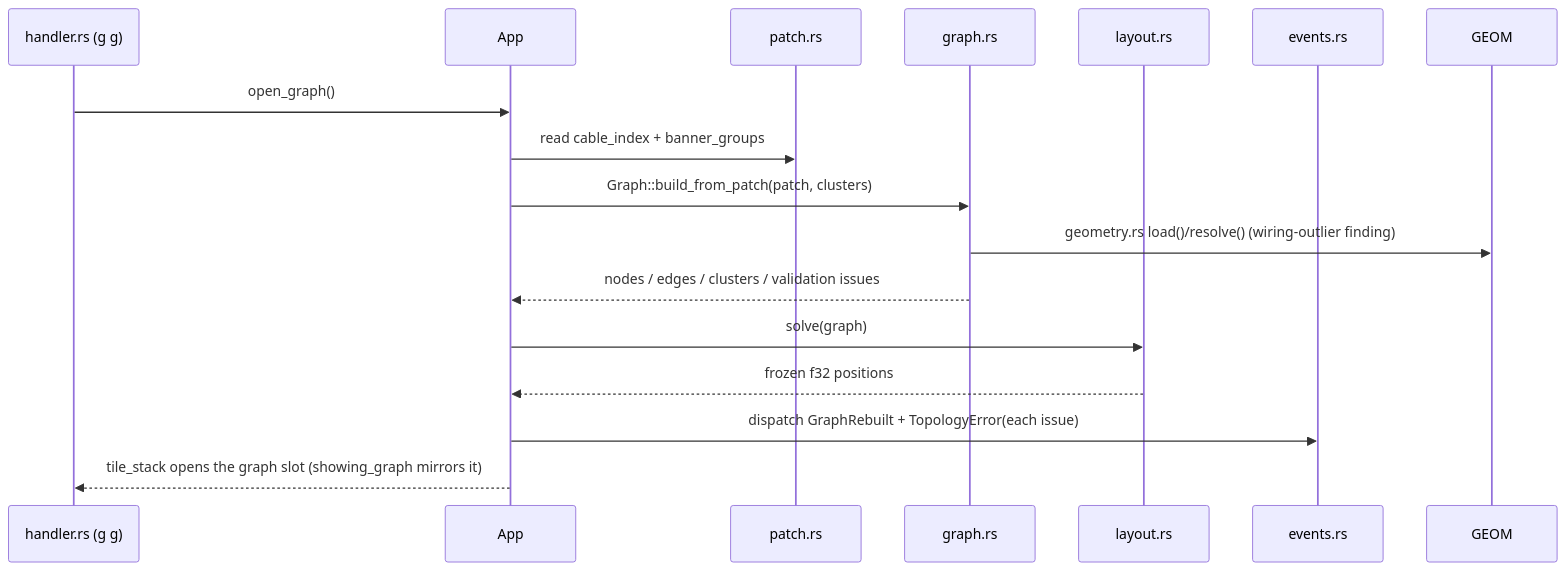
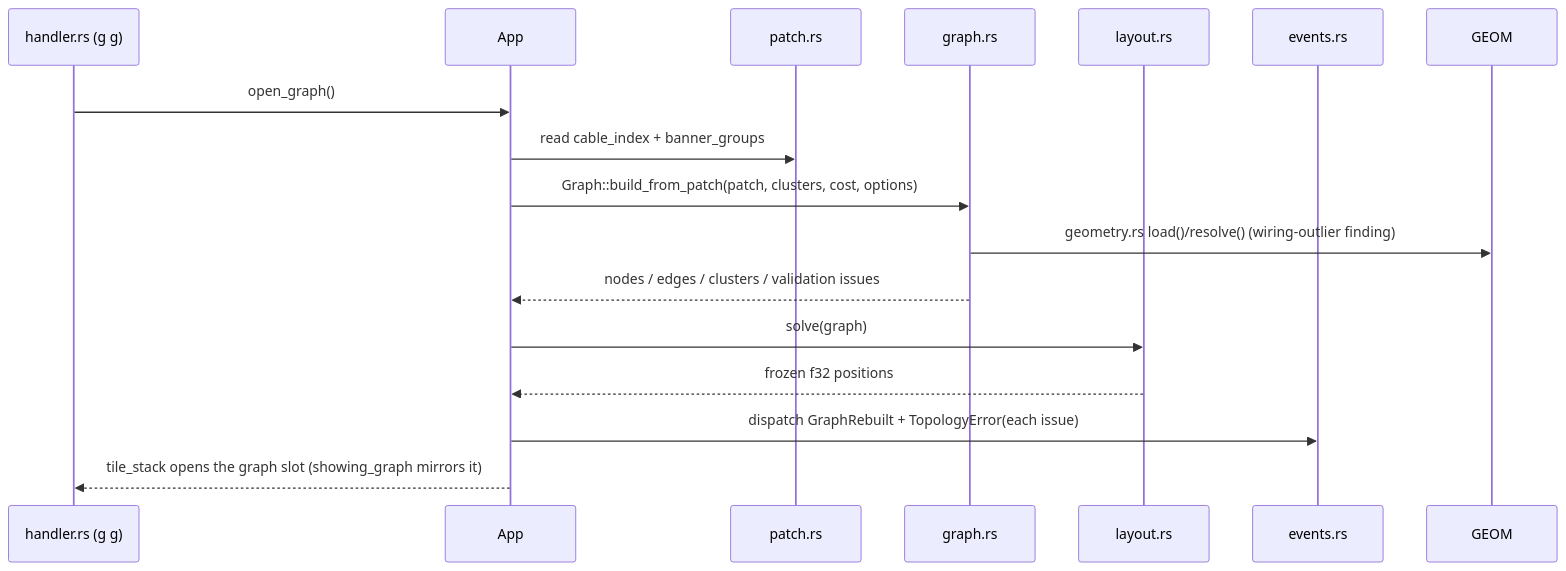
The third of 5 diagrams in ARCHITECTURE.md (moonstruxx/droid-buddy), drawn with Mermaid before and after one commit. The commit also changed other lines of this file, not shown here.

Commit message:
docs: ARCHITECTURE.md — select-state filtering + dependency-walker subgraph

````diff
--- a/ARCHITECTURE.md
+++ b/ARCHITECTURE.md
@@ -257,18 +273,18 @@
 ```mermaid
 sequenceDiagram
     participant H as handler.rs (g g)
     participant A as App
     participant P as patch.rs
     participant G as graph.rs
     participant L as layout.rs
     participant E as events.rs
     H->>A: open_graph()
     A->>P: read cable_index + banner_groups
-    A->>G: Graph::build_from_patch(patch, clusters)
+    A->>G: Graph::build_from_patch(patch, clusters, cost, options)
     G->>GEOM: geometry.rs load()/resolve() (wiring-outlier finding)
     G-->>A: nodes / edges / clusters / validation issues
     A->>L: solve(graph)
     L-->>A: frozen f32 positions
     A->>E: dispatch GraphRebuilt + TopologyError(each issue)
     A-->>H: tile_stack opens the graph slot (showing_graph mirrors it)
 ```
````
